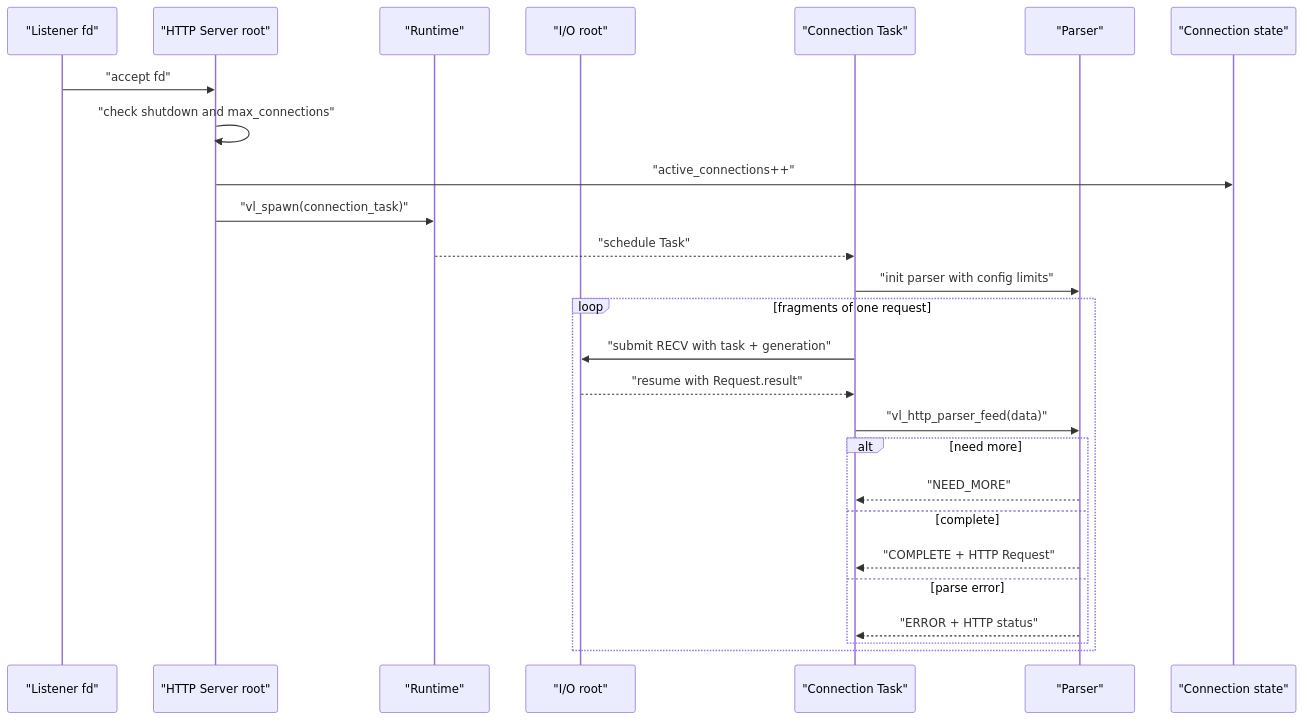
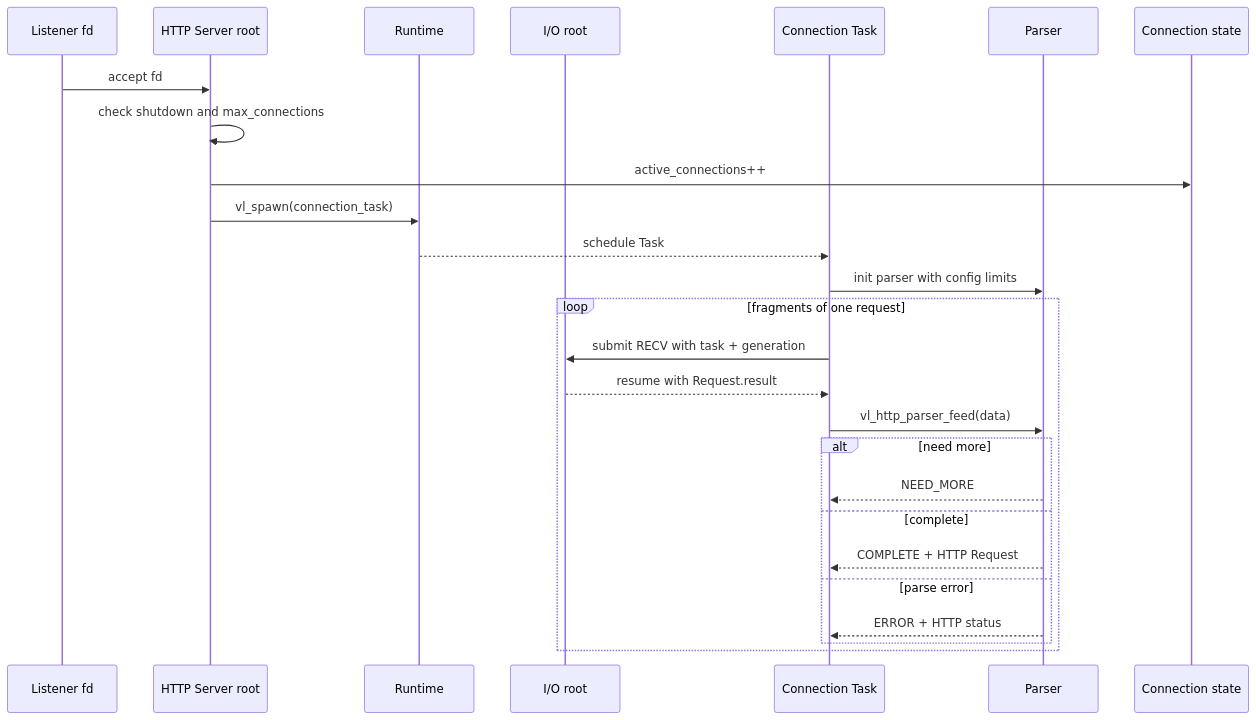
One commit to nobody0726/veloco changed diagram 19 of 24 in docs/domain/domain-model-and-flows.md. Above: the diagram before and after it, drawn with Mermaid. The commit also changed other lines of this file and 1 other file, not shown here.

First line of the commit message:
Make GitHub Mermaid diagrams render consistently

````diff
--- a/docs/domain/domain-model-and-flows.md
+++ b/docs/domain/domain-model-and-flows.md
@@ -796,29 +796,29 @@
 ```mermaid
 sequenceDiagram
-    participant L as "Listener fd"
-    participant S as "HTTP Server root"
-    participant RT as "Runtime"
-    participant IO as "I/O root"
-    participant G as "Connection Task"
-    participant P as "Parser"
-    participant C as "Connection state"
+    participant L as Listener fd
+    participant S as HTTP Server root
+    participant RT as Runtime
+    participant IO as I/O root
+    participant G as Connection Task
+    participant P as Parser
+    participant C as Connection state
 
-    L->>S: "accept fd"
-    S->>S: "check shutdown and max_connections"
-    S->>C: "active_connections++"
-    S->>RT: "vl_spawn(connection_task)"
-    RT-->>G: "schedule Task"
-    G->>P: "init parser with config limits"
+    L->>S: accept fd
+    S->>S: check shutdown and max_connections
+    S->>C: active_connections++
+    S->>RT: vl_spawn(connection_task)
+    RT-->>G: schedule Task
+    G->>P: init parser with config limits
     loop fragments of one request
-        G->>IO: "submit RECV with task + generation"
-        IO-->>G: "resume with Request.result"
-        G->>P: "vl_http_parser_feed(data)"
+        G->>IO: submit RECV with task + generation
+        IO-->>G: resume with Request.result
+        G->>P: vl_http_parser_feed(data)
         alt need more
-            P-->>G: "NEED_MORE"
+            P-->>G: NEED_MORE
         else complete
-            P-->>G: "COMPLETE + HTTP Request"
+            P-->>G: COMPLETE + HTTP Request
         else parse error
-            P-->>G: "ERROR + HTTP status"
+            P-->>G: ERROR + HTTP status
         end
     end
 ```
````
